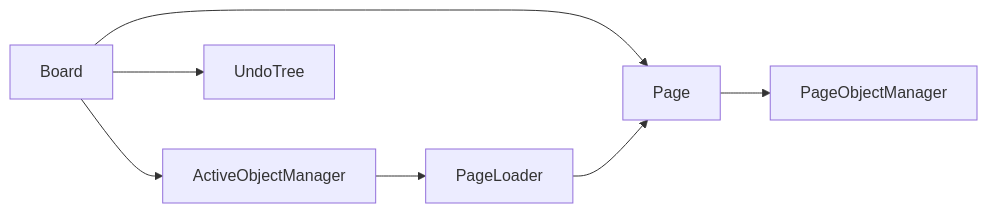
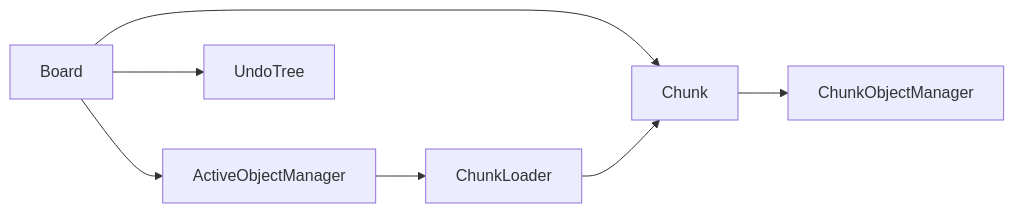
The diagram in src/core/components/docs/components-document.md (Frank-Steven/HoundWhiteboard), drawn with Mermaid before and after one commit. The commit also changed other lines of this file and 78 other files, not shown here.

Commit message:
refactor(core): 将 Page 语义更新为 Chunk 语义

````diff
--- a/src/core/components/docs/components-document.md
+++ b/src/core/components/docs/components-document.md
@@ -17,16 +17,16 @@
 ```mermaid
 graph LR
   Board["Board"]
-  PM["Page"]
-  POM["PageObjectManager"]
+  PM["Chunk"]
+  POM["ChunkObjectManager"]
   AOM["ActiveObjectManager"]
-  PLM["PageLoader"]
+  PLM["ChunkLoader"]
   UT["UndoTree"]
 
   Board --> PM
   PM --> POM
   Board --> AOM
   Board --> UT
   AOM --> PLM
   PLM --> PM
 ```
````
